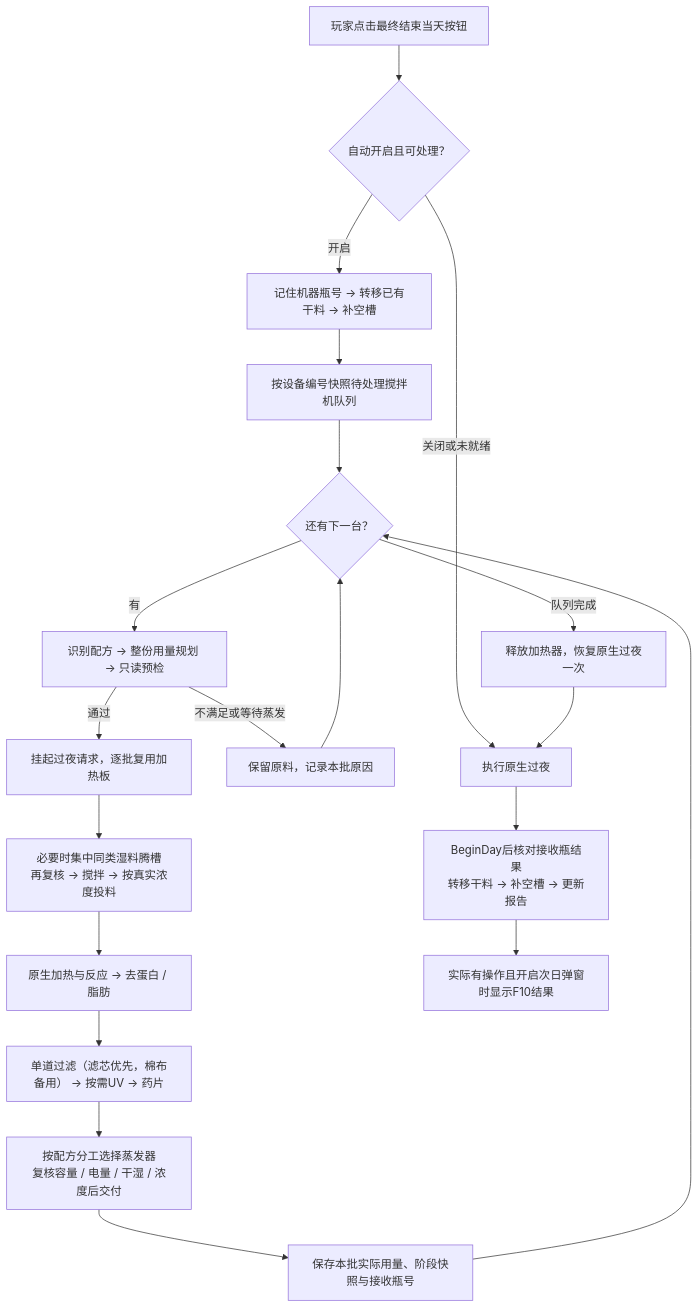
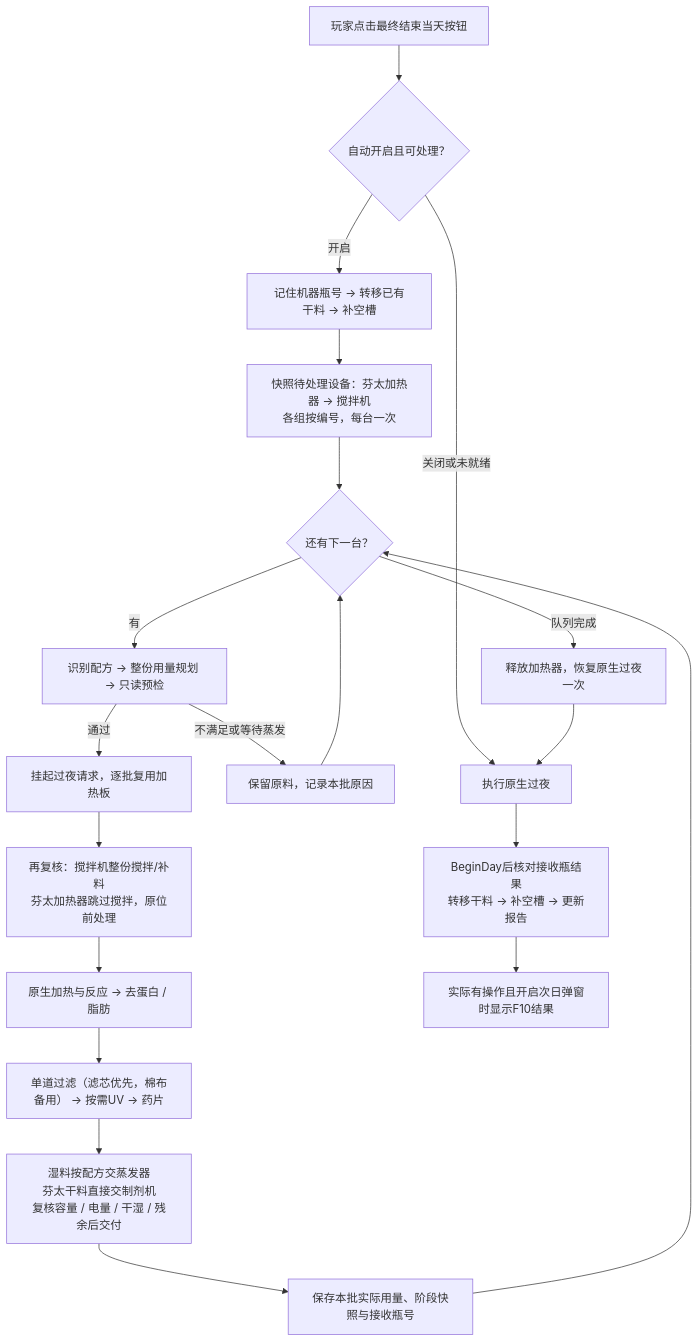
The second of 2 diagrams in docs/ARCHITECTURE.md (KarlWang86/Probably-Stolen-ChemAssistPlus), drawn with Mermaid before and after one commit. The commit also changed other lines of this file and 26 other files, not shown here.

````diff
--- a/docs/ARCHITECTURE.md
+++ b/docs/ARCHITECTURE.md
@@ -71,22 +75,22 @@
 ```mermaid
 flowchart TD
     Click["玩家点击最终结束当天按钮"] --> Gate{"自动开启且可处理？"}
     Gate -->|关闭或未就绪| Night["执行原生过夜"]
     Gate -->|开启| Bottles["记住机器瓶号 → 转移已有干料 → 补空槽"]
-    Bottles --> Queue["按设备编号快照待处理搅拌机队列"]
+    Bottles --> Queue["快照待处理设备：芬太加热器 → 搅拌机<br/>各组按编号，每台一次"]
     Queue --> Next{"还有下一台？"}
     Next -->|有| Pre["识别配方 → 整份用量规划 → 只读预检"]
     Pre -->|不满足或等待蒸发| Skip["保留原料，记录本批原因"]
     Skip --> Next
     Pre -->|通过| Hold["挂起过夜请求，逐批复用加热板"]
-    Hold --> Prepare["必要时集中同类湿料腾槽<br/>再复核 → 搅拌 → 按真实浓度投料"]
+    Hold --> Prepare["再复核：搅拌机整份搅拌/补料<br/>芬太加热器跳过搅拌，原位前处理"]
     Prepare --> React["原生加热与反应 → 去蛋白 / 脂肪"]
     React --> Filter["单道过滤（滤芯优先，棉布备用） → 按需UV → 药片"]
-    Filter --> Deliver["按配方分工选择蒸发器<br/>复核容量 / 电量 / 干湿 / 浓度后交付"]
+    Filter --> Deliver["湿料按配方交蒸发器<br/>芬太干料直接交制剂机<br/>复核容量 / 电量 / 干湿 / 残余后交付"]
     Deliver --> Snapshot["保存本批实际用量、阶段快照与接收瓶号"]
     Snapshot --> Next
     Next -->|队列完成| Resume["释放加热器，恢复原生过夜一次"]
     Resume --> Night
     Night --> Morning["BeginDay后核对接收瓶结果<br/>转移干料 → 补空槽 → 更新报告"]
     Morning --> Popup["实际有操作且开启次日弹窗时显示F10结果"]
 ```
````
